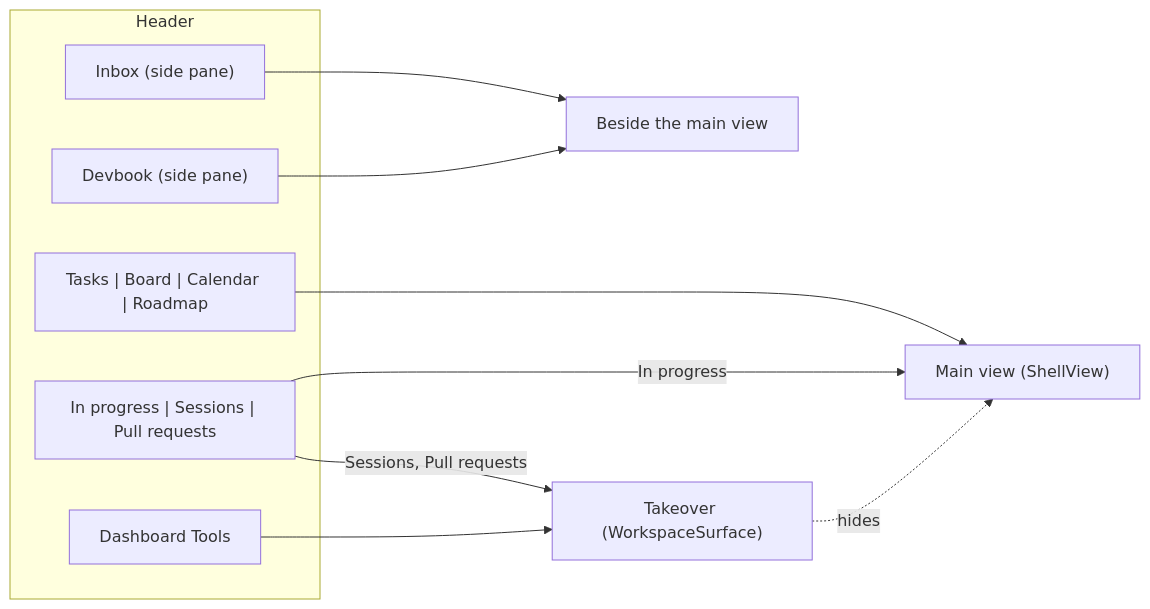
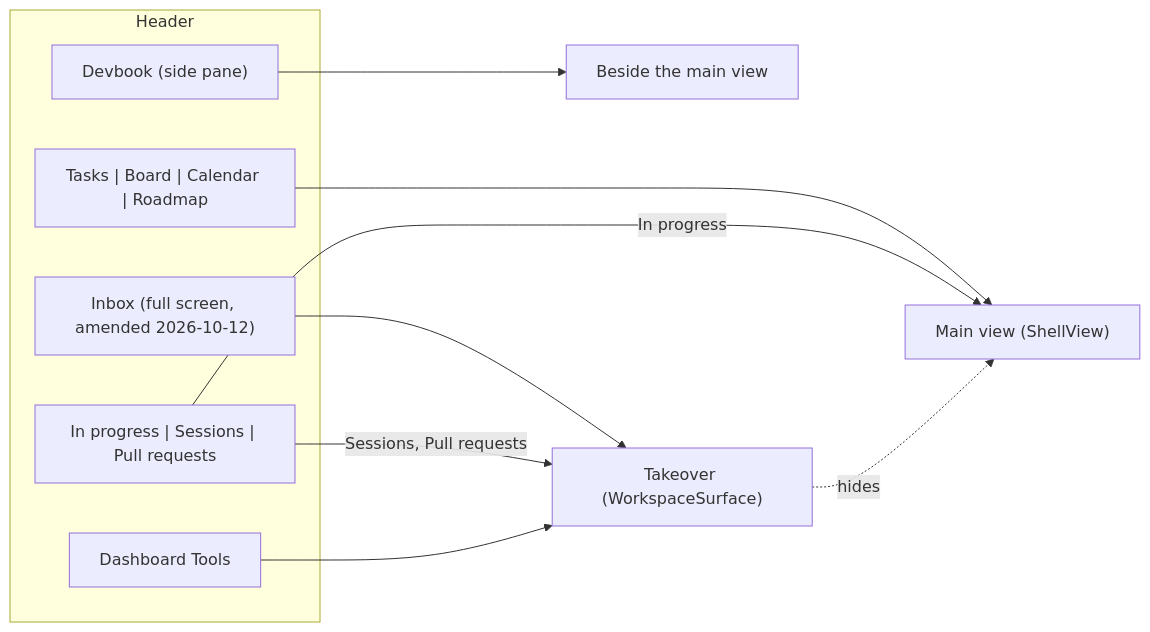
Before and after one commit to JSdotNet/Backlog: the diagram in .devbook/arc42/adr/0022-the-shell-shows-one-main-view-picked-by-a-view-switch.md, drawn with Mermaid. The commit also changed other lines of this file and 29 other files, not shown here.

First line of the commit message:
feat(inbox): open the Inbox full screen and render dialogs in the top layer

````diff
--- a/.devbook/arc42/adr/0022-the-shell-shows-one-main-view-picked-by-a-view-switch.md
+++ b/.devbook/arc42/adr/0022-the-shell-shows-one-main-view-picked-by-a-view-switch.md
@@ -67,17 +69,17 @@
 ```mermaid
 flowchart LR
     subgraph Header
-        Inbox["Inbox (side pane)"]
+        Inbox["Inbox (full screen, amended 2026-10-12)"]
         Views["Tasks | Board | Calendar | Roadmap"]
         Devbook["Devbook (side pane)"]
         Work["In progress | Sessions | Pull requests"]
         Other["Dashboard  Tools"]
     end
     Views --> MainView["Main view (ShellView)"]
     Work -- "In progress" --> MainView
-    Inbox --> Beside["Beside the main view"]
-    Devbook --> Beside
+    Devbook --> Beside["Beside the main view"]
+    Inbox --> Takeover
     Work -- "Sessions, Pull requests" --> Takeover["Takeover (WorkspaceSurface)"]
     Other --> Takeover
     Takeover -. "hides" .-> MainView
 ```
````
